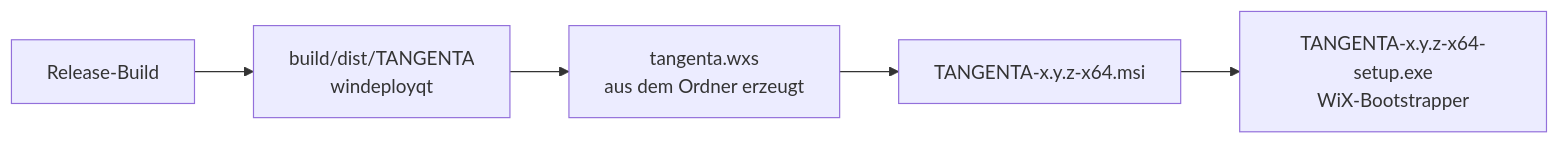
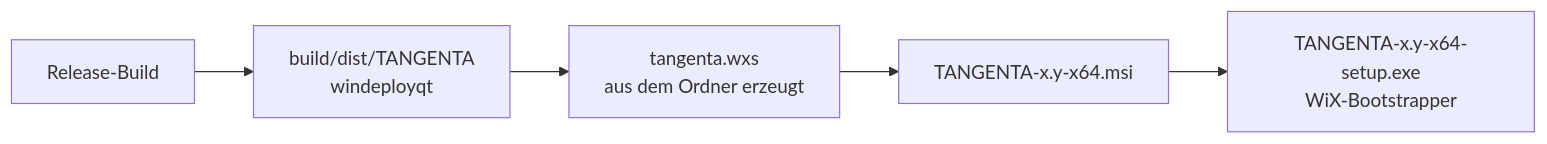
The third of 4 diagrams in BUILD.md (roli8200/tangenta), drawn with Mermaid before and after one commit. The commit also changed other lines of this file and 2 other files, not shown here.

````diff
--- a/BUILD.md
+++ b/BUILD.md
@@ -160,7 +514,7 @@
 ```mermaid
 flowchart LR
     b[Release-Build] --> d[build/dist/TANGENTA<br/>windeployqt]
     d --> w[tangenta.wxs<br/>aus dem Ordner erzeugt]
-    w --> m[TANGENTA-x.y.z-x64.msi]
-    m --> s[TANGENTA-x.y.z-x64-setup.exe<br/>WiX-Bootstrapper]
+    w --> m[TANGENTA-x.y-x64.msi]
+    m --> s[TANGENTA-x.y-x64-setup.exe<br/>WiX-Bootstrapper]
 ```
````
